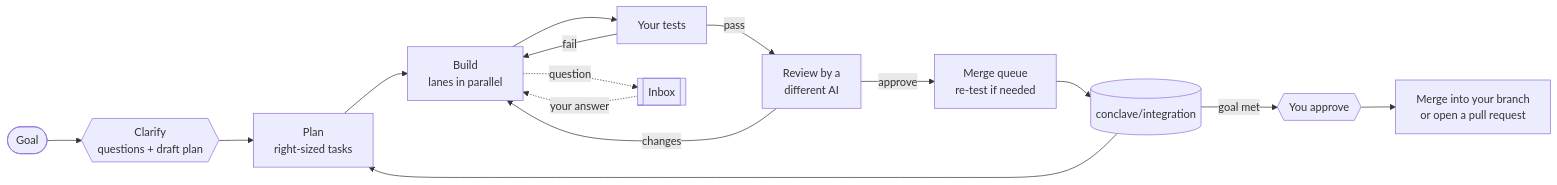
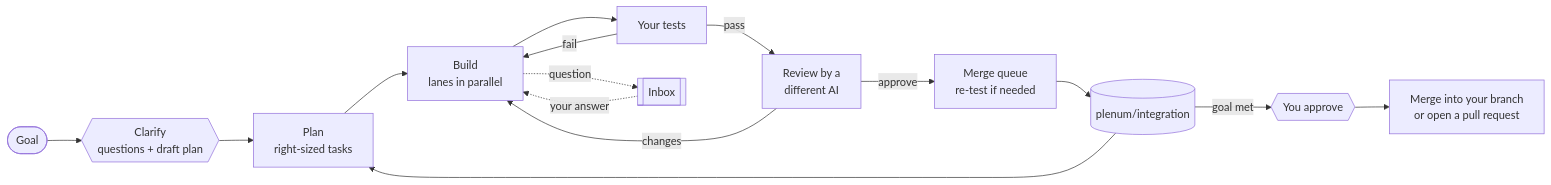
Before and after one commit to MarcoWithoutPolo/plenum: the diagram in README.md, drawn with Mermaid. The commit also changed other lines of this file and 209 other files, not shown here.

````diff
--- a/README.md
+++ b/README.md
@@ -44,17 +44,17 @@
 ```mermaid
 flowchart LR
   G([Goal]) --> C{{Clarify<br/>questions + draft plan}}
   C --> P[Plan<br/>right-sized tasks]
   P --> B[Build<br/>lanes in parallel]
   B --> T[Your tests]
   T -->|fail| B
   T -->|pass| R[Review by a<br/>different AI]
   R -->|changes| B
   R -->|approve| Q[Merge queue<br/>re-test if needed]
-  Q --> M[(conclave/integration)]
+  Q --> M[(plenum/integration)]
   M --> P
   M -->|goal met| A{{You approve}}
   A --> Y[Merge into your branch<br/>or open a pull request]
   B -. question .-> I[[Inbox]]
   I -. your answer .-> B
 ```
````
